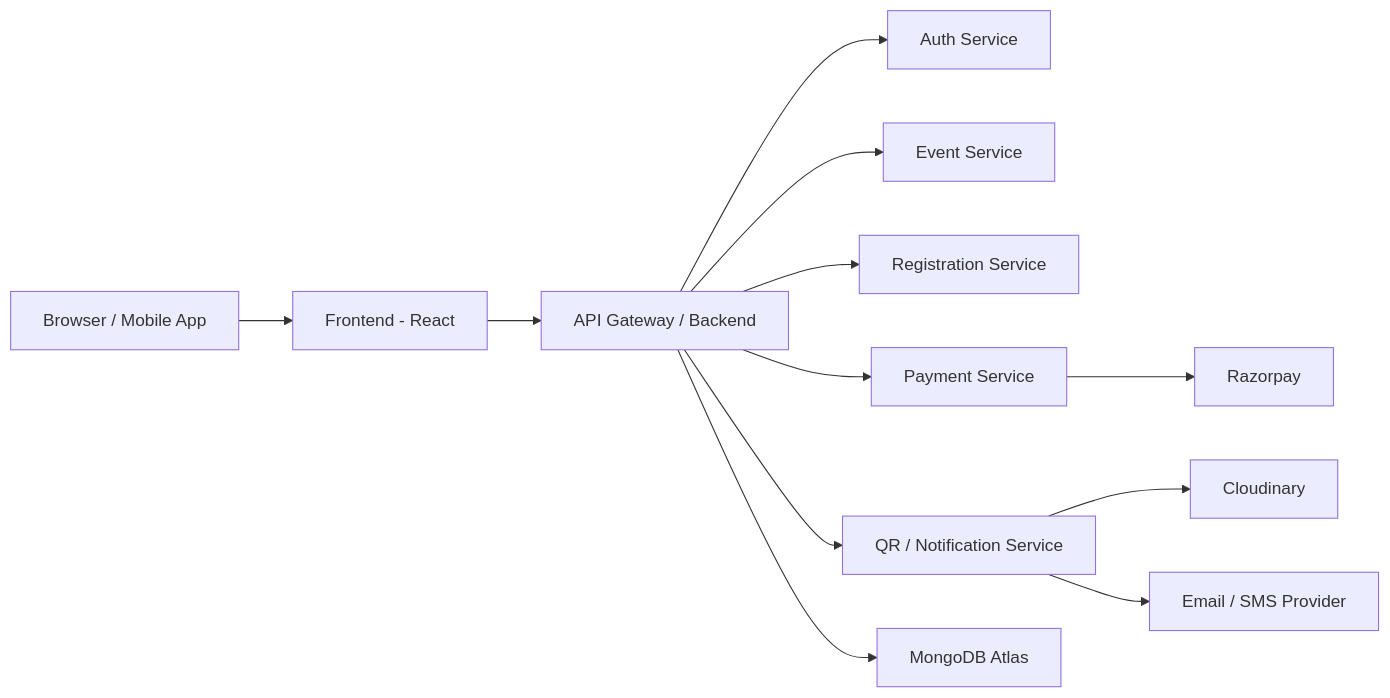
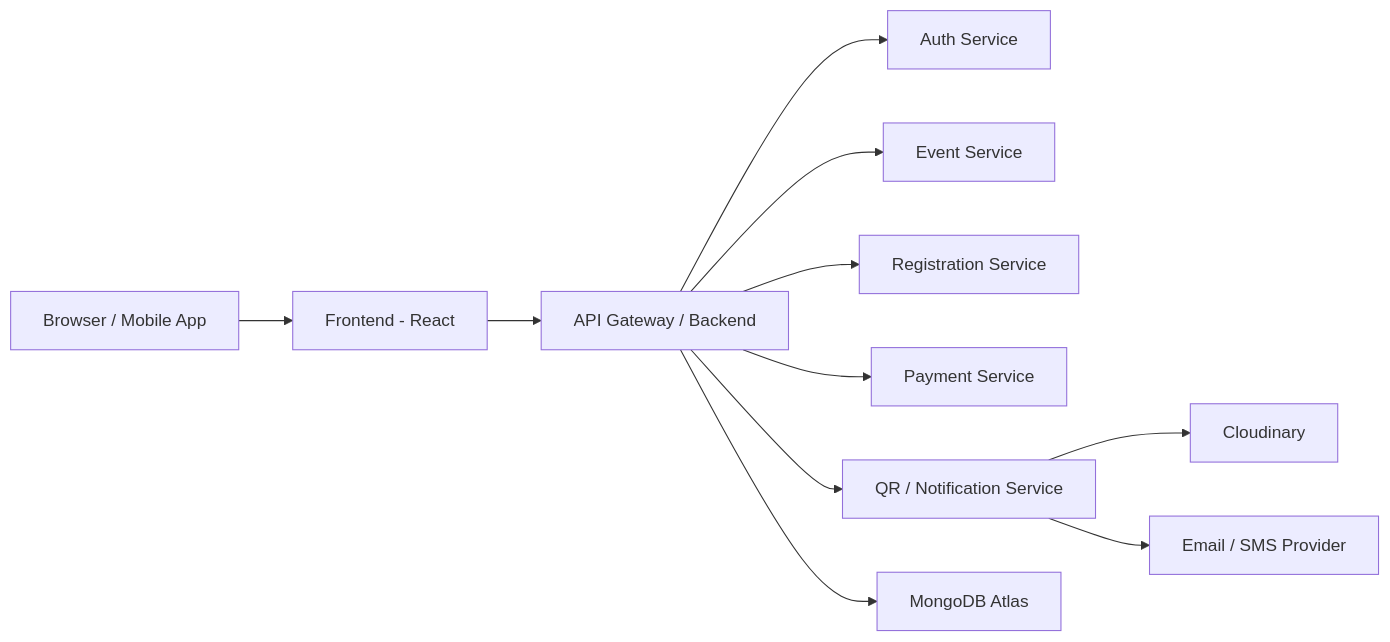
One commit to Naveen-9404/Scintillace changed the first of 3 diagrams in docs/ARCHITECTURE.md. Above: the diagram before and after it, drawn with Mermaid. The commit also changed other lines of this file and 104 other files, not shown here.

````diff
--- a/docs/ARCHITECTURE.md
+++ b/docs/ARCHITECTURE.md
@@ -7,14 +7,13 @@
 ```mermaid
 flowchart LR
     A[Browser / Mobile App] --> B[Frontend - React]
     B --> C[API Gateway / Backend]
     C --> D[Auth Service]
     C --> E[Event Service]
     C --> F[Registration Service]
     C --> G[Payment Service]
     C --> H[QR / Notification Service]
     C --> I[MongoDB Atlas]
-    G --> J[Razorpay]
-    H --> K[Cloudinary]
-    H --> L[Email / SMS Provider]
+    H --> J[Cloudinary]
+    H --> K[Email / SMS Provider]
 ```
````
